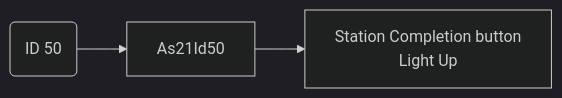
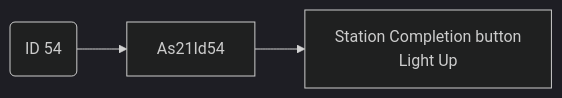
Before and after one commit to luthfiadityaa/SimeDarby-Wiki: the third of 3 diagrams in Basic-Design/DFD-WMS/Storage/Palletizing-Settting/Irregular-Cases.md, drawn with Mermaid (dark theme).

Commit message:
Updated Irregular Cases

```diff
--- a/Basic-Design/DFD-WMS/Storage/Palletizing-Settting/Irregular-Cases.md
+++ b/Basic-Design/DFD-WMS/Storage/Palletizing-Settting/Irregular-Cases.md
@@ -162,15 +162,15 @@
 ::: mermaid
 flowchart LR
 
 id50msg("
-ID 50
+ID 54
 ")
 
 buttonlight["
 Station Completion button
 Light Up
 "]
 
-id50msg --> As21Id50
-As21Id50 --> buttonlight
+id50msg --> As21Id54
+As21Id54 --> buttonlight
 :::
```
